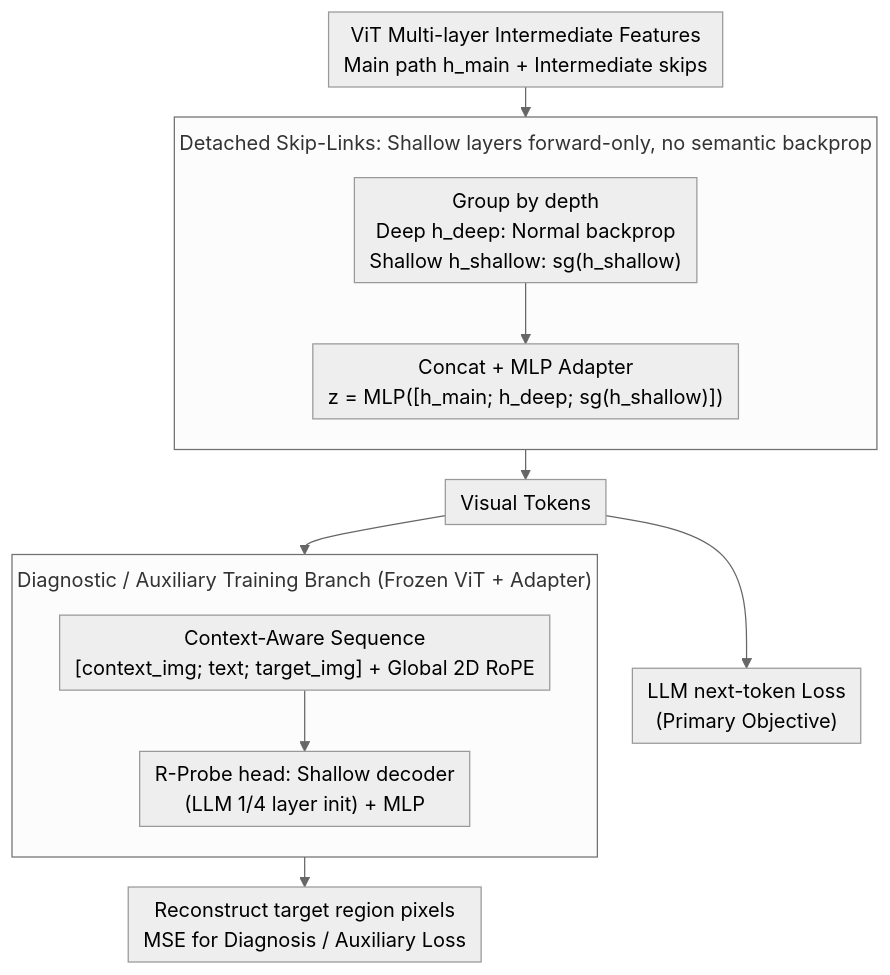
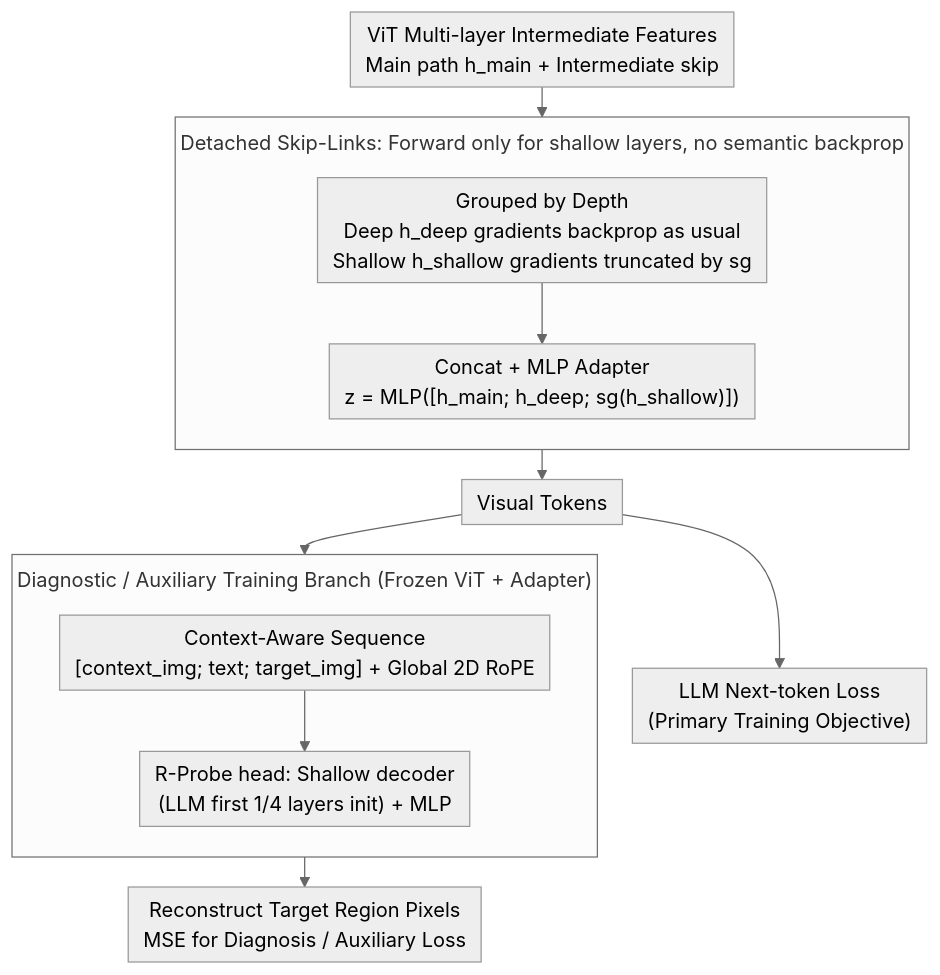
Before and after one commit to zhaoyang97/Paper-Notes-en: the diagram in docs/ICML2026/multimodal_vlm/detached_skip-links_and_r-probe_decoupling_feature_aggregation_from_gradient_pro.md, drawn with Mermaid (neutral theme). The commit also changed other lines of this file and 5084 other files, not shown here.

````diff
--- a/docs/ICML2026/multimodal_vlm/detached_skip-links_and_r-probe_decoupling_feature_aggregation_from_gradient_pro.md
+++ b/docs/ICML2026/multimodal_vlm/detached_skip-links_and_r-probe_decoupling_feature_aggregation_from_gradient_pro.md
@@ -43,22 +43,22 @@
 ```mermaid
 %%{init: {'flowchart': {'rankSpacing': 24, 'nodeSpacing': 28, 'padding': 6, 'wrappingWidth': 400, 'subGraphTitleMargin': {'top': 8, 'bottom': 16}}}}%%
 flowchart TD
-    V["ViT Multi-layer Intermediate Features<br/>Main path h_main + Intermediate skips"]
-    subgraph DSL["Detached Skip-Links: Shallow layers forward-only, no semantic backprop"]
+    V["ViT Multi-layer Intermediate Features<br/>Main path h_main + Intermediate skip"]
+    subgraph DSL["Detached Skip-Links: Forward only for shallow layers, no semantic backprop"]
         direction TB
-        SP["Group by depth<br/>Deep h_deep: Normal backprop<br/>Shallow h_shallow: sg(h_shallow)"]
+        SP["Grouped by Depth<br/>Deep h_deep gradients backprop as usual<br/>Shallow h_shallow gradients truncated by sg"]
         CC["Concat + MLP Adapter<br/>z = MLP([h_main; h_deep; sg(h_shallow)])"]
         SP --> CC
     end
     V --> SP
     CC --> TOK["Visual Tokens"]
-    TOK --> LLM["LLM next-token Loss<br/>(Primary Objective)"]
+    TOK --> LLM["LLM Next-token Loss<br/>(Primary Training Objective)"]
     subgraph RPB["Diagnostic / Auxiliary Training Branch (Frozen ViT + Adapter)"]
         direction TB
         SEQ["Context-Aware Sequence<br/>[context_img; text; target_img] + Global 2D RoPE"]
-        DEC["R-Probe head: Shallow decoder<br/>(LLM 1/4 layer init) + MLP"]
+        DEC["R-Probe head: Shallow decoder<br/>(LLM first 1/4 layers init) + MLP"]
         SEQ --> DEC
     end
     TOK --> SEQ
-    DEC --> PIX["Reconstruct target region pixels<br/>MSE for Diagnosis / Auxiliary Loss"]
+    DEC --> PIX["Reconstruct Target Region Pixels<br/>MSE for Diagnosis / Auxiliary Loss"]
 ```
````
